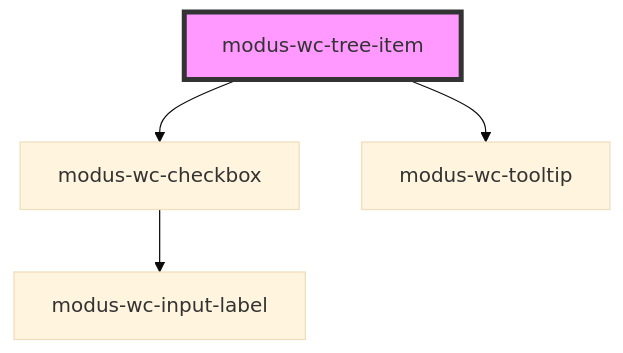
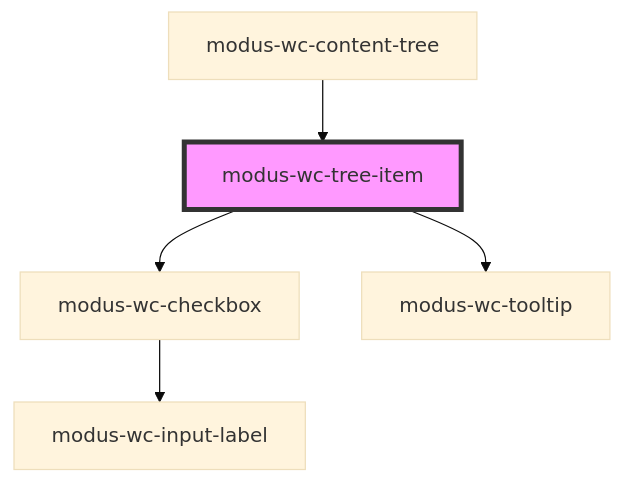
One commit to trimble-oss/modus-wc-2.0 changed the diagram in src/components/modus-wc-tree-item/readme.md. Above: the diagram before and after it, drawn with Mermaid (base theme). The commit also changed other lines of this file and 20 other files, not shown here.

````diff
--- a/src/components/modus-wc-tree-item/readme.md
+++ b/src/components/modus-wc-tree-item/readme.md
@@ -62,7 +66,8 @@
 ```mermaid
 graph TD;
   modus-wc-tree-item --> modus-wc-checkbox
   modus-wc-tree-item --> modus-wc-tooltip
   modus-wc-checkbox --> modus-wc-input-label
+  modus-wc-content-tree --> modus-wc-tree-item
   style modus-wc-tree-item fill:#f9f,stroke:#333,stroke-width:4px
 ```
````
